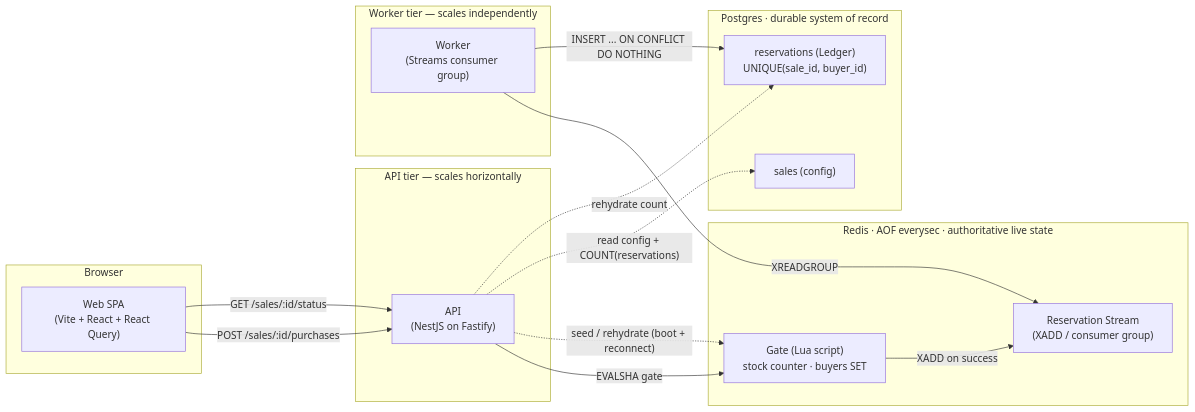
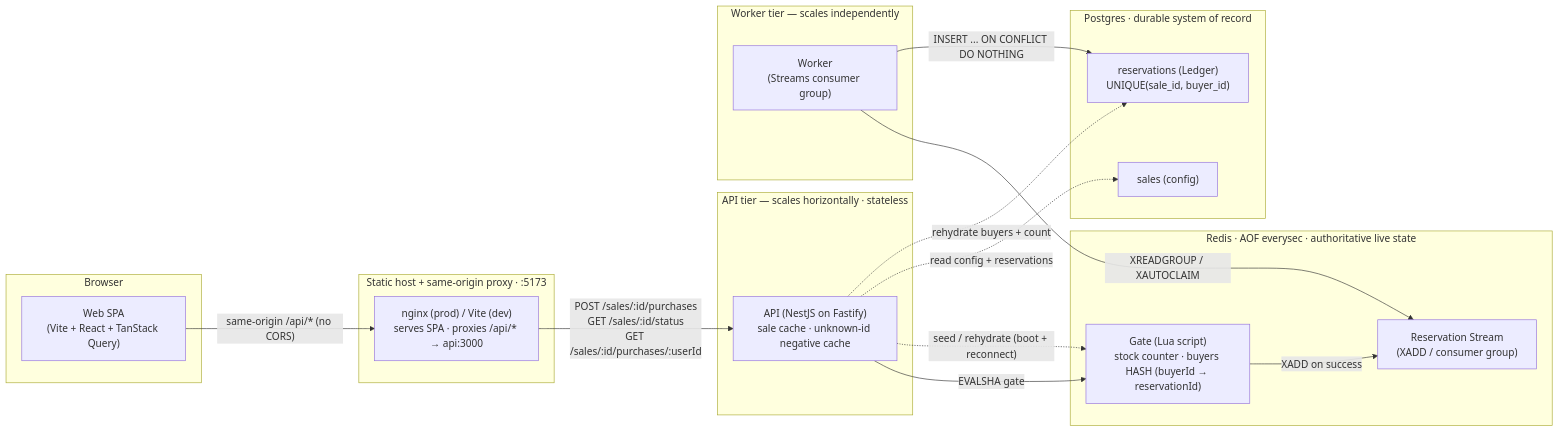
One commit to jayaregalinada/rush-sale-monorepo changed the first of 4 diagrams in docs/architecture.md. Above: the diagram before and after it, drawn with Mermaid. The commit also changed other lines of this file and 1 other file, not shown here.

First line of the commit message:
docs: refresh architecture diagram to match current design

````diff
--- a/docs/architecture.md
+++ b/docs/architecture.md
@@ -9,34 +21,38 @@
 ```mermaid
 flowchart LR
     subgraph client[Browser]
-        Web["Web SPA<br/>(Vite + React + React Query)"]
+        Web["Web SPA<br/>(Vite + React + TanStack Query)"]
     end
 
-    subgraph api_tier[API tier — scales horizontally]
-        API["API<br/>(NestJS on Fastify)"]
+    subgraph edge[Static host + same-origin proxy · :5173]
+        Proxy["nginx (prod) / Vite (dev)<br/>serves SPA · proxies /api/* → api:3000"]
+    end
+
+    subgraph api_tier[API tier — scales horizontally · stateless]
+        API["API (NestJS on Fastify)<br/>sale cache · unknown-id negative cache"]
     end
 
     subgraph worker_tier[Worker tier — scales independently]
         Worker["Worker<br/>(Streams consumer group)"]
     end
 
     subgraph redis[Redis · AOF everysec · authoritative live state]
-        Gate["Gate (Lua script)<br/>stock counter · buyers SET"]
+        Gate["Gate (Lua script)<br/>stock counter · buyers HASH (buyerId → reservationId)"]
         Stream["Reservation Stream<br/>(XADD / consumer group)"]
     end
 
     subgraph pg[Postgres · durable system of record]
         Sales["sales (config)"]
         Ledger["reservations (Ledger)<br/>UNIQUE(sale_id, buyer_id)"]
     end
 
-    Web -->|"POST /sales/:id/purchases"| API
-    Web -->|"GET /sales/:id/status"| API
+    Web -->|"same-origin /api/* (no CORS)"| Proxy
+    Proxy -->|"POST /sales/:id/purchases<br/>GET /sales/:id/status<br/>GET /sales/:id/purchases/:userId"| API
     API -->|"EVALSHA gate"| Gate
     Gate -->|"XADD on success"| Stream
-    Worker -->|"XREADGROUP"| Stream
+    Worker -->|"XREADGROUP / XAUTOCLAIM"| Stream
     Worker -->|"INSERT ... ON CONFLICT DO NOTHING"| Ledger
     API -.->|"seed / rehydrate (boot + reconnect)"| Gate
-    API -.->|"read config + COUNT(reservations)"| Sales
-    API -.->|"rehydrate count"| Ledger
+    API -.->|"read config + reservations"| Sales
+    API -.->|"rehydrate buyers + count"| Ledger
 ```
````
